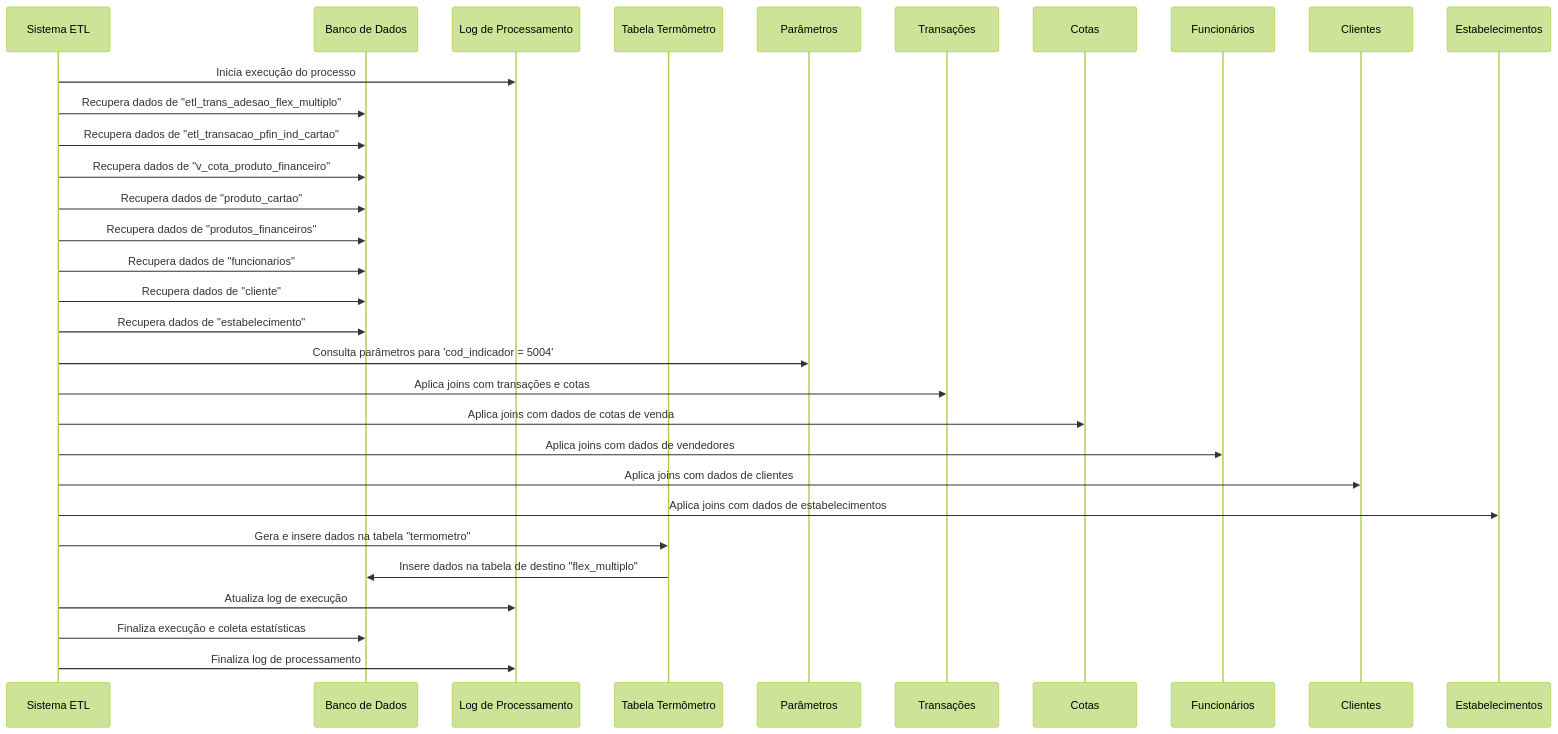
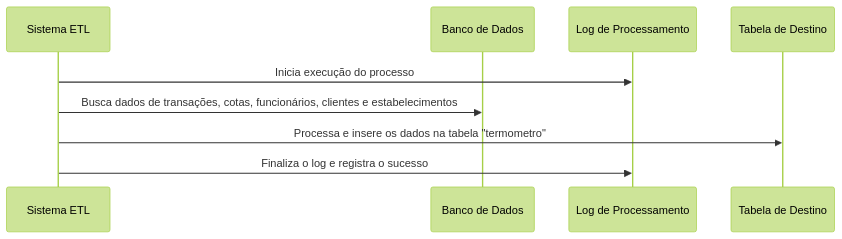
One commit to ceduardooliveira/teste changed the diagram in README.md. Above: the diagram before and after it, drawn with Mermaid (forest theme).

````diff
--- a/README.md
+++ b/README.md
@@ -2,38 +2,15 @@
 ``` mermaid
 sequenceDiagram
     participant A as Sistema ETL
     participant B as Banco de Dados
     participant C as Log de Processamento
-    participant D as Tabela Termômetro
-    participant E as Parâmetros
-    participant F as Transações
-    participant G as Cotas
-    participant H as Funcionários
-    participant I as Clientes
-    participant J as Estabelecimentos
+    participant D as Tabela de Destino
 
     A->>C: Inicia execução do processo
-    A->>B: Recupera dados de "etl_trans_adesao_flex_multiplo"
-    A->>B: Recupera dados de "etl_transacao_pfin_ind_cartao"
-    A->>B: Recupera dados de "v_cota_produto_financeiro"
-    A->>B: Recupera dados de "produto_cartao"
-    A->>B: Recupera dados de "produtos_financeiros"
-    A->>B: Recupera dados de "funcionarios"
-    A->>B: Recupera dados de "cliente"
-    A->>B: Recupera dados de "estabelecimento"
+    A->>B: Busca dados de transações, cotas, funcionários, clientes e estabelecimentos
+    A->>D: Processa e insere os dados na tabela "termometro"
+    A->>C: Finaliza o log e registra o sucesso
 
-    A->>E: Consulta parâmetros para 'cod_indicador = 5004'
-    A->>F: Aplica joins com transações e cotas
-    A->>G: Aplica joins com dados de cotas de venda
-    A->>H: Aplica joins com dados de vendedores
-    A->>I: Aplica joins com dados de clientes
-    A->>J: Aplica joins com dados de estabelecimentos
-
-    A->>D: Gera e insere dados na tabela "termometro"
-    D->>B: Insere dados na tabela de destino "flex_multiplo"
-    A->>C: Atualiza log de execução
-    A->>B: Finaliza execução e coleta estatísticas
-    A->>C: Finaliza log de processamento
 
 
 ``` 
````
